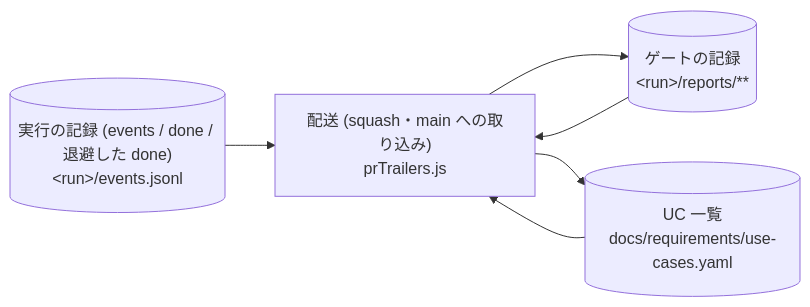
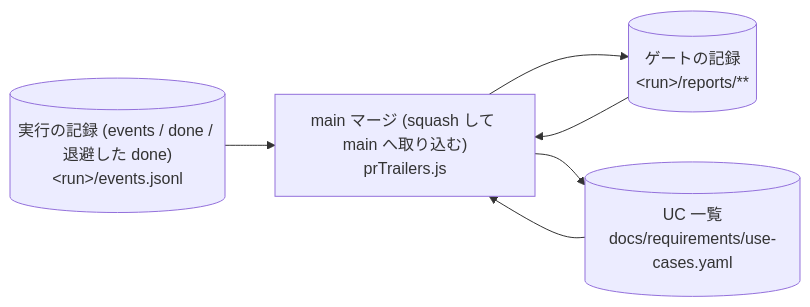
Diagram 47 of 48 in plugins/distillery2/skills/d2-common/references/dataflow.md (suwa-sh/suwa-sh-claude-plugins), drawn with Mermaid before and after one commit. The commit also changed other lines of this file and 23 other files, not shown here.

First line of the commit message:
refactor(distillery2): 用語「配送」を「main マージ」に (0.1.34)

````diff
--- a/plugins/distillery2/skills/d2-common/references/dataflow.md
+++ b/plugins/distillery2/skills/d2-common/references/dataflow.md
@@ -1129,12 +1129,12 @@
 ```mermaid
 flowchart LR
-  p_run_uc_deliver["配送 (squash・main への取り込み)<br/>prTrailers.js"]
+  p_run_uc_deliver["main マージ (squash して main へ取り込む)<br/>prTrailers.js"]
   s_use_cases[("UC 一覧<br/>docs/requirements/use-cases.yaml")]
   s_reports[("ゲートの記録<br/>#lt;run#gt;/reports/**")]
   s_run_events[("実行の記録 (events / done / 退避した done)<br/>#lt;run#gt;/events.jsonl")]
   s_use_cases --> p_run_uc_deliver
   s_reports --> p_run_uc_deliver
   s_run_events --> p_run_uc_deliver
   p_run_uc_deliver --> s_reports
   p_run_uc_deliver --> s_use_cases
 ```
````
